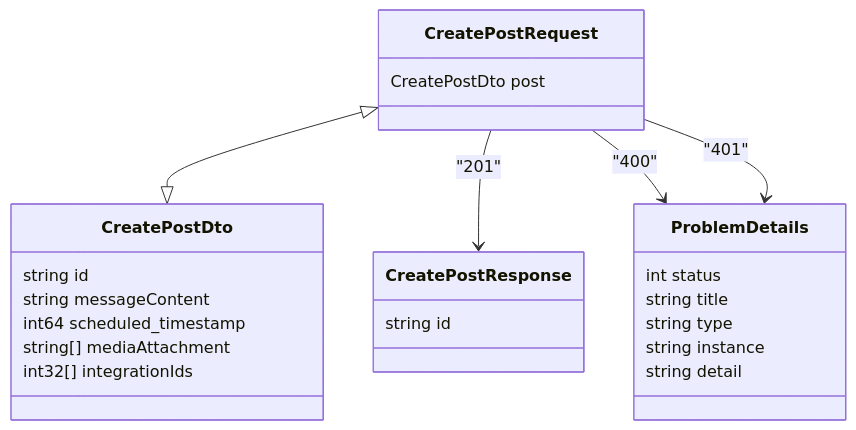
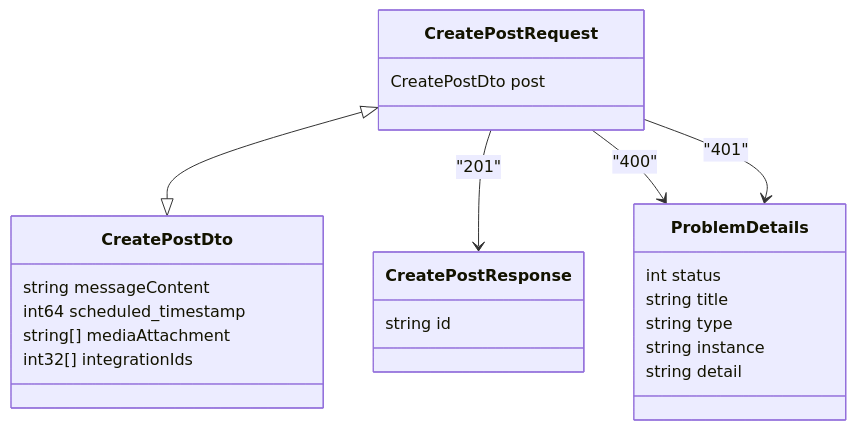
One commit to JKMN-Projects/ripple_sync_backend changed the diagram in documentation/json_contracts/post_contracts/create_post.md. Above: the diagram before and after it, drawn with Mermaid.

Commit message:
Removed id from CreatePostRequest

````diff
--- a/documentation/json_contracts/post_contracts/create_post.md
+++ b/documentation/json_contracts/post_contracts/create_post.md
@@ -3,31 +3,30 @@
 ``` mermaid
 classDiagram
     class CreatePostRequest {
         CreatePostDto post
     }
 
     class CreatePostResponse {
         string id
     }
 
     class CreatePostDto {
-        string id 
         string messageContent
         int64 scheduled_timestamp
         string[] mediaAttachment
         int32[] integrationIds
     }
 
     class ProblemDetails {
         int status
         string title
         string type
         string instance
         string detail
     }
 
     CreatePostRequest <|--|> CreatePostDto
     CreatePostRequest --> CreatePostResponse : "201"
     CreatePostRequest --> ProblemDetails : "400"
     CreatePostRequest --> ProblemDetails : "401"
 ```
````
